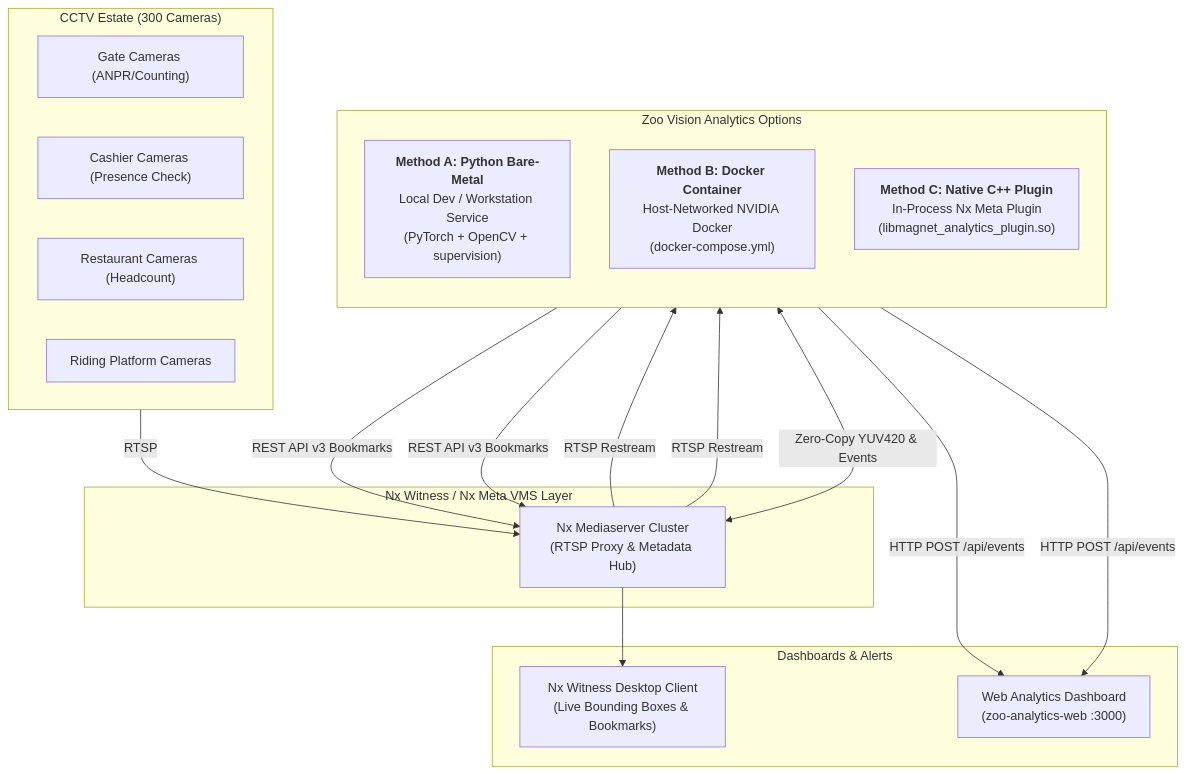
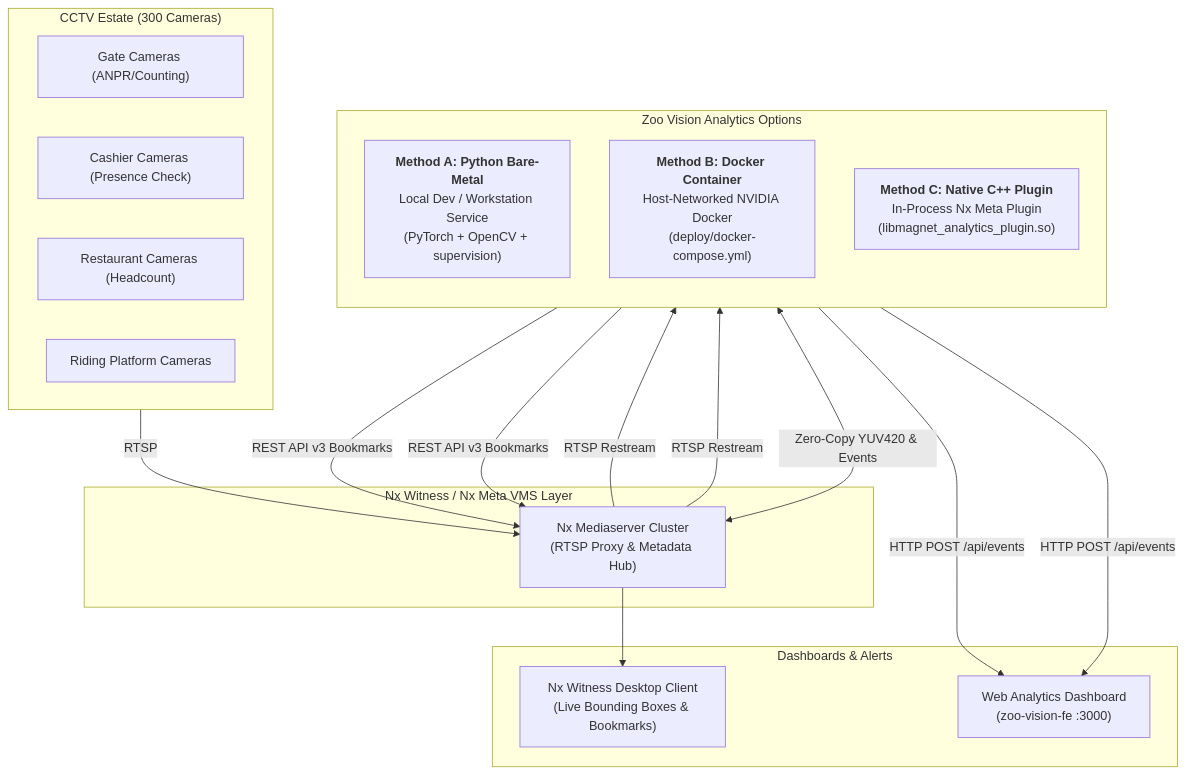
One commit to Aryaputra34/zoo-vision changed the diagram in docs/07_INSTALLATION_GUIDE.md. Above: the diagram before and after it, drawn with Mermaid. The commit also changed other lines of this file and 7 other files, not shown here.

````diff
--- a/docs/07_INSTALLATION_GUIDE.md
+++ b/docs/07_INSTALLATION_GUIDE.md
@@ -52,36 +52,36 @@
 ```mermaid
 flowchart TB
     subgraph Cameras ["CCTV Estate (300 Cameras)"]
         Cam1["Gate Cameras (ANPR/Counting)"]
         Cam2["Cashier Cameras (Presence Check)"]
         Cam3["Restaurant Cameras (Headcount)"]
         Cam4["Riding Platform Cameras"]
     end
 
     subgraph VMS ["Nx Witness / Nx Meta VMS Layer"]
         NxServer["Nx Mediaserver Cluster<br/>(RTSP Proxy & Metadata Hub)"]
     end
 
     subgraph Deployment ["Zoo Vision Analytics Options"]
         direction TB
         Opt1["<b>Method A: Python Bare-Metal</b><br/>Local Dev / Workstation Service<br/>(PyTorch + OpenCV + supervision)"]
-        Opt2["<b>Method B: Docker Container</b><br/>Host-Networked NVIDIA Docker<br/>(docker-compose.yml)"]
+        Opt2["<b>Method B: Docker Container</b><br/>Host-Networked NVIDIA Docker<br/>(deploy/docker-compose.yml)"]
         Opt3["<b>Method C: Native C++ Plugin</b><br/>In-Process Nx Meta Plugin<br/>(libmagnet_analytics_plugin.so)"]
     end
 
     subgraph Egress ["Dashboards & Alerts"]
         NxClient["Nx Witness Desktop Client<br/>(Live Bounding Boxes & Bookmarks)"]
-        WebDash["Web Analytics Dashboard<br/>(zoo-analytics-web :3000)"]
+        WebDash["Web Analytics Dashboard<br/>(zoo-vision-fe :3000)"]
     end
 
     Cameras -->|RTSP| NxServer
     NxServer -->|RTSP Restream| Opt1
     NxServer -->|RTSP Restream| Opt2
     NxServer <-->|Zero-Copy YUV420 & Events| Opt3
 
     Opt1 -->|REST API v3 Bookmarks| NxServer
     Opt2 -->|REST API v3 Bookmarks| NxServer
     Opt1 -->|HTTP POST /api/events| WebDash
     Opt2 -->|HTTP POST /api/events| WebDash
     NxServer --> NxClient
 ```
````
